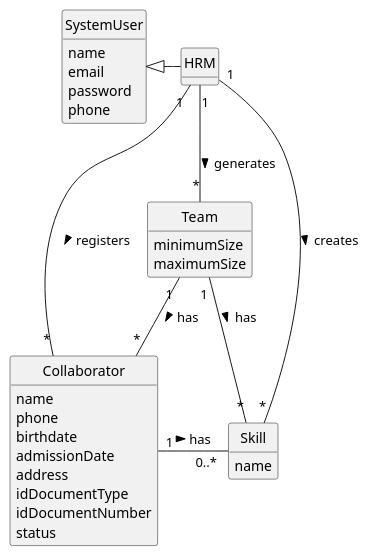
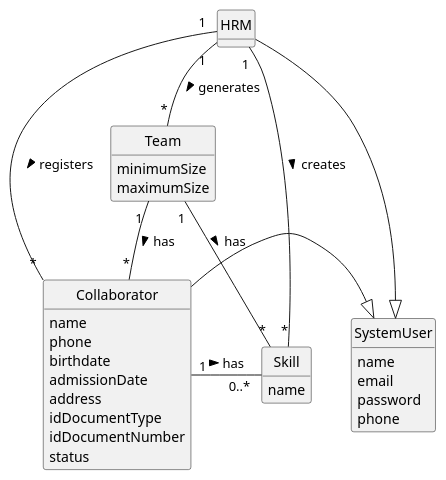
The diagram in docs/sprintC/us005/02.analysis/puml/us005-domain-model.puml (Departamento-de-Engenharia-Informatica/lei-24-s2-1do-g164), drawn with PlantUML before and after one commit. The commit also changed 14 other files, not shown here.

```diff
--- a/docs/sprintC/us005/02.analysis/puml/us005-domain-model.puml
+++ b/docs/sprintC/us005/02.analysis/puml/us005-domain-model.puml
@@ -1,55 +1,57 @@
 @startuml
 skinparam monochrome true
 skinparam packageStyle rectangle
 skinparam shadowing false
 
 
 skinparam classAttributeIconSize 0
 
 hide circle
 hide methods
 
 class HRM {
 
 }
 
 class SystemUser {
     name
     email
     password
     phone
 
 }
 
 class Collaborator {
    name
       phone
       birthdate
       admissionDate
       address
       idDocumentType
       idDocumentNumber
       status
       }
 
 
 
 class Team {
 minimumSize
 maximumSize
 
 }
 
 class Skill {
     name
 }
 
 HRM "1 " - "*" Collaborator : registers >
 HRM "1 " -- "*" Team : generates >
 Team "1 " -- "*" Collaborator: has >
 Team "1 " -- "*" Skill : has >
 HRM "1 " -- "*" Skill : creates >
 Collaborator "1 " - "0..* " Skill : has >
 SystemUser <|- HRM
+Collaborator -|> SystemUser
+
 
 @enduml
```
